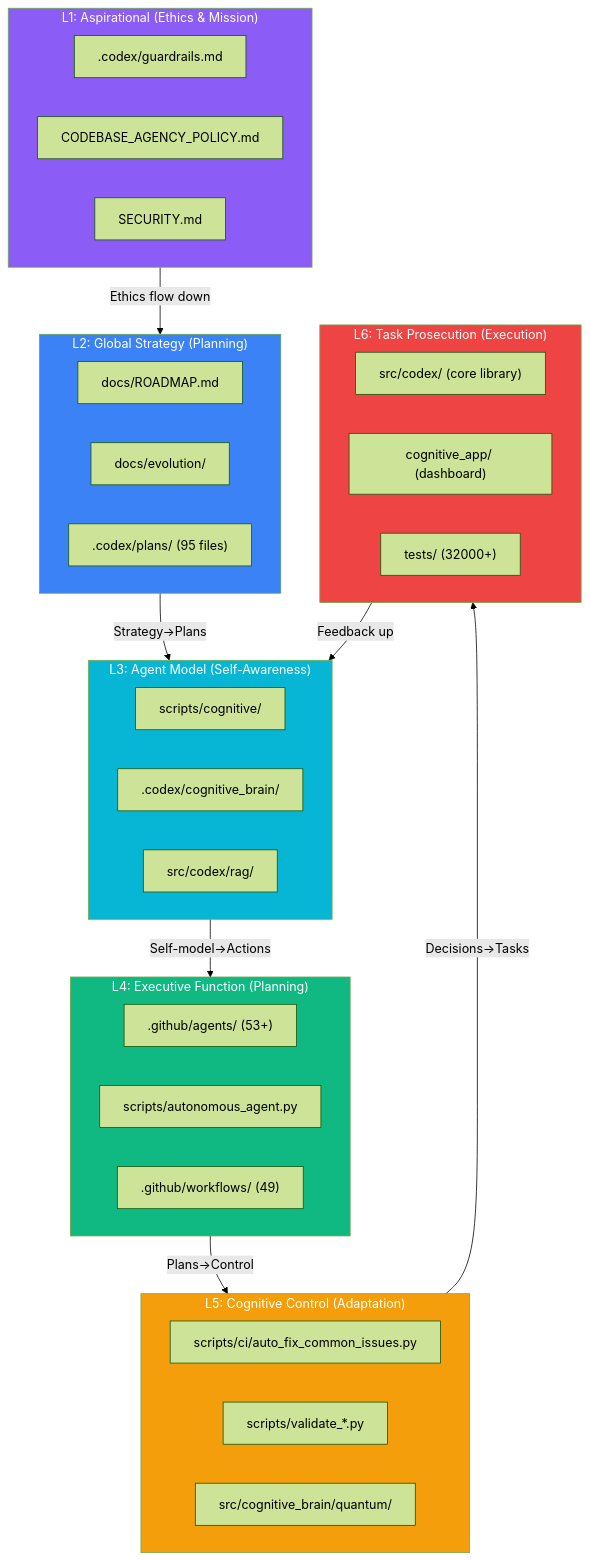
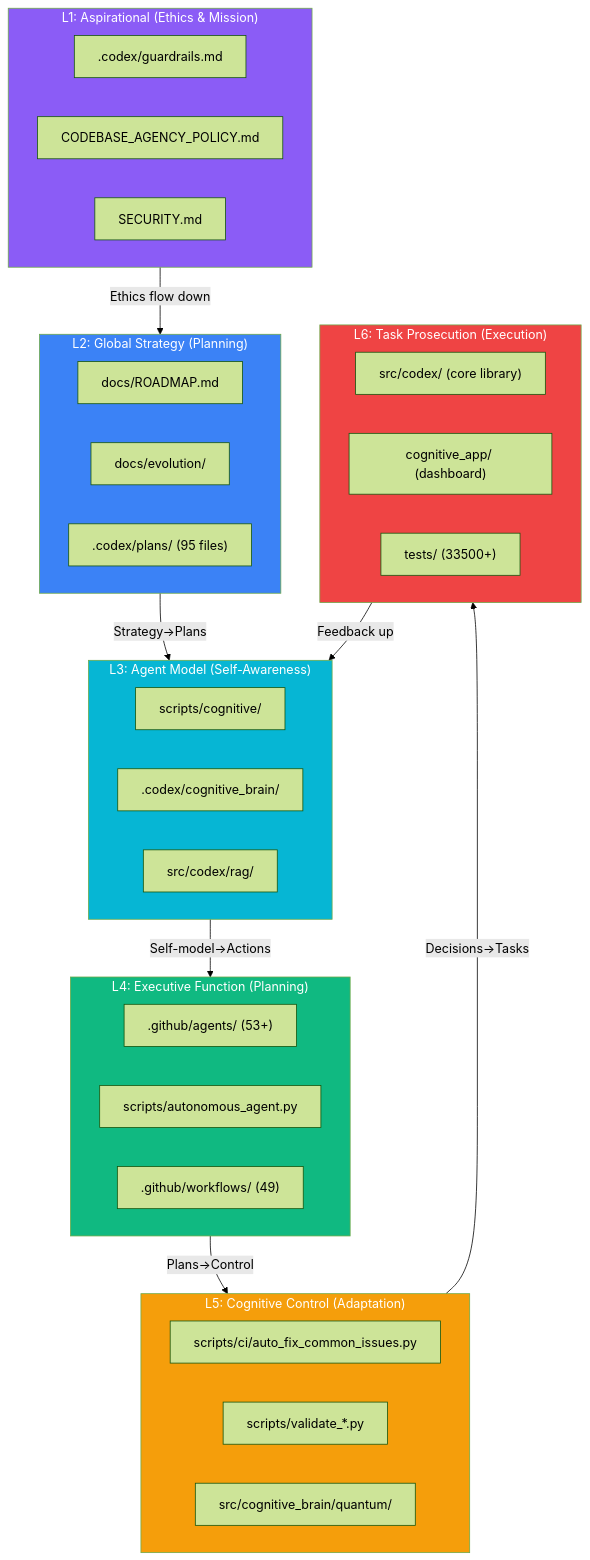
One commit to Aries-Serpent/_codex_ changed the diagram in docs/evolution/COGNITIVE_CODEBASE_MAP.md. Above: the diagram before and after it, drawn with Mermaid (forest theme). The commit also changed 9 other files, not shown here.

````diff
--- a/docs/evolution/COGNITIVE_CODEBASE_MAP.md
+++ b/docs/evolution/COGNITIVE_CODEBASE_MAP.md
@@ -12,53 +12,53 @@
 ```mermaid
 %%{init: {'accessibility': {'title': 'Flowchart showing "L1: Aspirational (Ethics & Mission)", ".codex/guardrails.md"'}}%%
 graph TD
     subgraph L1["L1: Aspirational (Ethics & Mission)"]
         E1[".codex/guardrails.md"]
         E2["CODEBASE_AGENCY_POLICY.md"]
         E3["SECURITY.md"]
     end
 
     subgraph L2["L2: Global Strategy (Planning)"]
         S1["docs/ROADMAP.md"]
         S2["docs/evolution/"]
         S3[".codex/plans/ (95 files)"]
     end
 
     subgraph L3["L3: Agent Model (Self-Awareness)"]
         M1["scripts/cognitive/"]
         M2[".codex/cognitive_brain/"]
         M3["src/codex/rag/"]
     end
 
     subgraph L4["L4: Executive Function (Planning)"]
         X1[".github/agents/ (53+)"]
         X2["scripts/autonomous_agent.py"]
         X3[".github/workflows/ (49)"]
     end
 
     subgraph L5["L5: Cognitive Control (Adaptation)"]
         C1["scripts/ci/auto_fix_common_issues.py"]
         C2["scripts/validate_*.py"]
         C3["src/cognitive_brain/quantum/"]
     end
 
     subgraph L6["L6: Task Prosecution (Execution)"]
         T1["src/codex/ (core library)"]
         T2["cognitive_app/ (dashboard)"]
-        T3["tests/ (32000+)"]
+        T3["tests/ (33500+)"]
     end
 
     L1 -->|"Ethics flow down"| L2
     L2 -->|"Strategy→Plans"| L3
     L3 -->|"Self-model→Actions"| L4
     L4 -->|"Plans→Control"| L5
     L5 -->|"Decisions→Tasks"| L6
     L6 -->|"Feedback up"| L3
 
     style L1 fill:#8b5cf6,color:#fff
     style L2 fill:#3b82f6,color:#fff
     style L3 fill:#06b6d4,color:#fff
     style L4 fill:#10b981,color:#fff
     style L5 fill:#f59e0b,color:#fff
     style L6 fill:#ef4444,color:#fff
 ```
````
